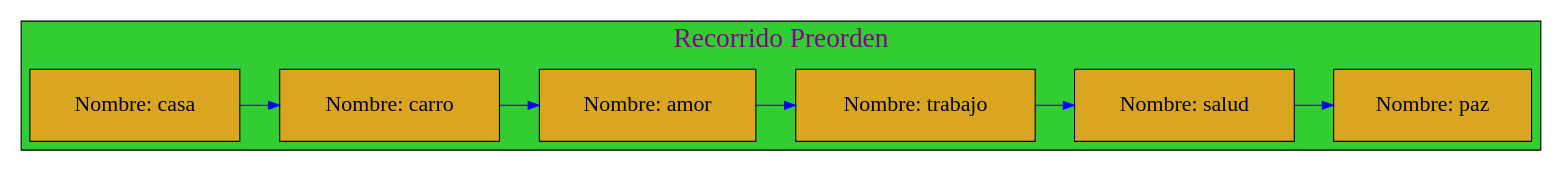
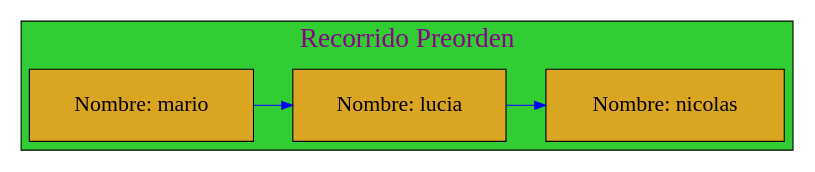
The diagram in Graficas/Recorrido_Preorden.dot (mariotun/EDD_1S2020_PY1_201602942), drawn with Graphviz before and after one commit. The commit also changed 25 other files, not shown here.

```diff
--- a/Graficas/Recorrido_Preorden.dot
+++ b/Graficas/Recorrido_Preorden.dot
@@ -1,28 +1,25 @@
 digraph Preorden_Traversal{
 
 graph[ranksep= "0.5",nodesep= "0.5"];subgraph cluster_4{
 
 label="Recorrido Preorden";
 labelloc=t;
 fontcolor=magenta4;
 fontname=algerian;
 fontsize=25;
 style=filled;
 fillcolor=limegreen;
 
 node[margin=0.3 shape=box style=filled fontcolor=black fillcolor=goldenrod fontsize=20];
 {rank=same;
 
-25770475840[label="Nombre: casa " ];
-25770476048[label="Nombre: carro " ];
-25770476704[label="Nombre: amor " ];
-25770476448[label="Nombre: trabajo " ];
-25770476256[label="Nombre: salud " ];
-25770477264[label="Nombre: paz " ];
+25770476720[label="Nombre: mario " ];
+25770489296[label="Nombre: lucia " ];
+25770490768[label="Nombre: nicolas " ];
 };
-25770475840 -> 25770476048 -> 25770476704 -> 25770476448 -> 25770476256 -> 25770477264 
+25770476720 -> 25770489296 -> 25770490768 
 
 [color=blue ];
 }
 
 }
```
